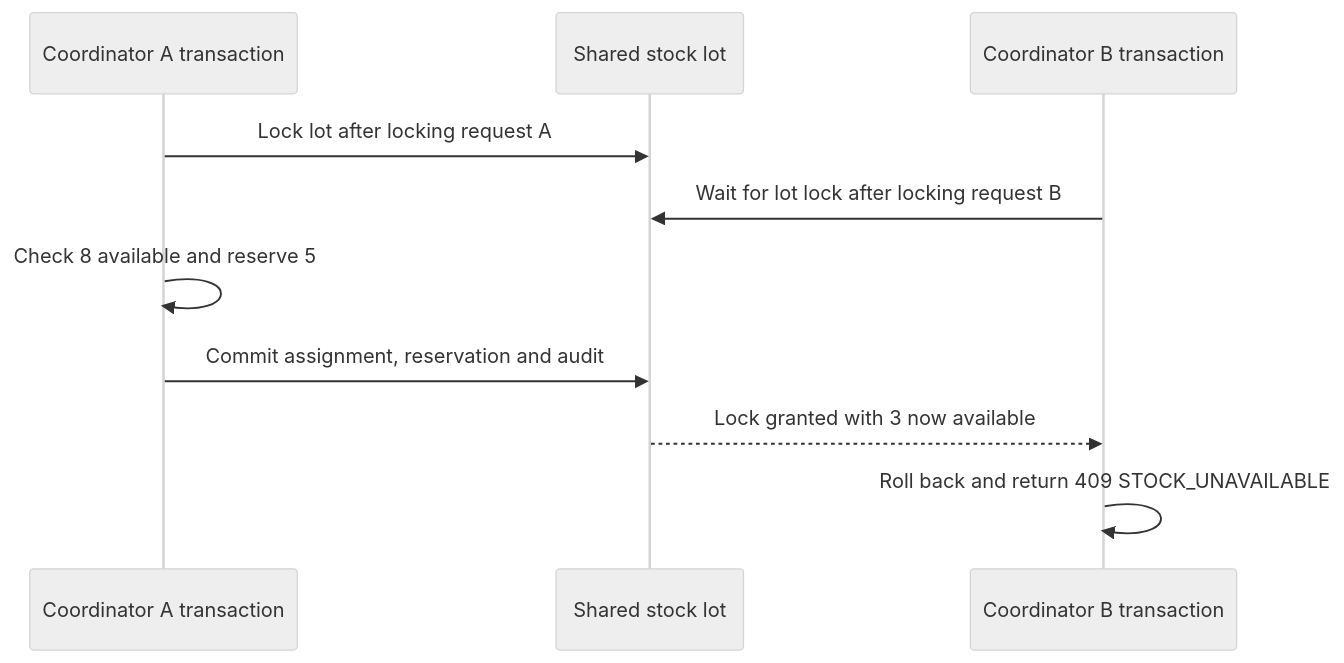
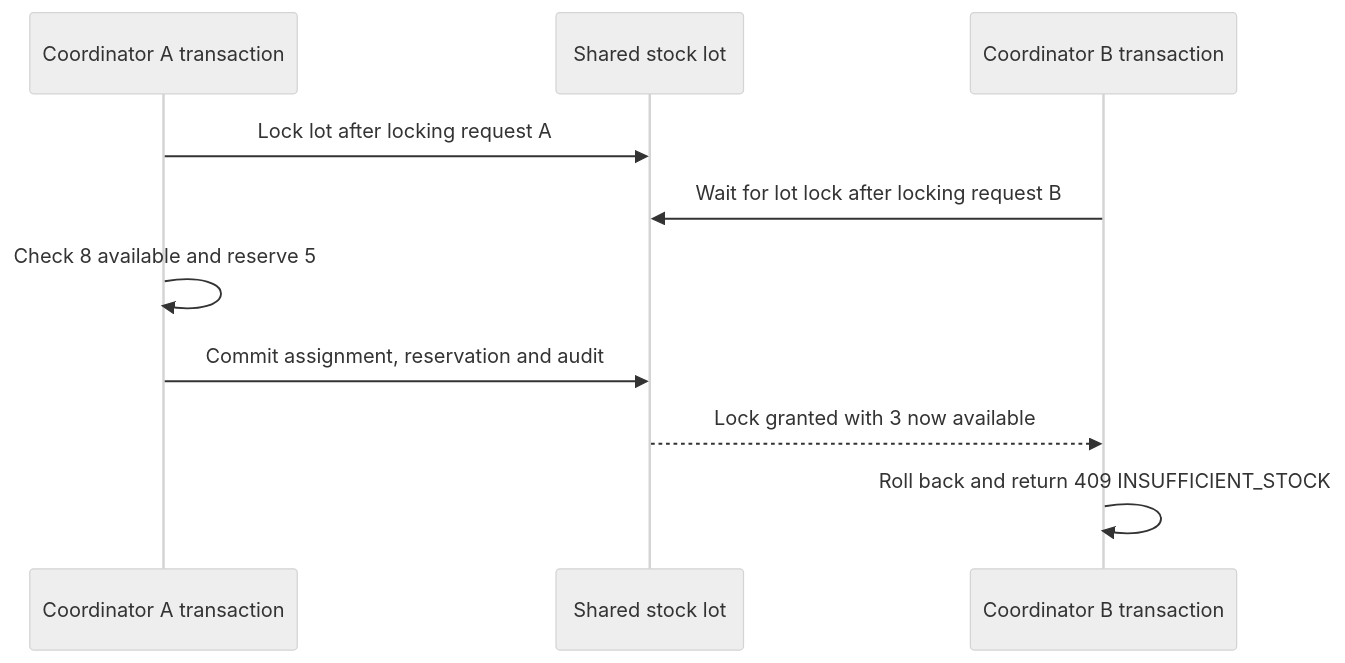
One commit to imnot-naveen/rebuild changed the second of 2 diagrams in docs/DATA-API-CONTRACT.md. Above: the diagram before and after it, drawn with Mermaid (neutral theme). The commit also changed other lines of this file and 19 other files, not shown here.

````diff
--- a/docs/DATA-API-CONTRACT.md
+++ b/docs/DATA-API-CONTRACT.md
@@ -115,12 +117,12 @@
 ```mermaid
 sequenceDiagram
     participant A as Coordinator A transaction
     participant L as Shared stock lot
     participant B as Coordinator B transaction
     A->>L: Lock lot after locking request A
     B->>L: Wait for lot lock after locking request B
     A->>A: Check 8 available and reserve 5
     A->>L: Commit assignment, reservation and audit
     L-->>B: Lock granted with 3 now available
-    B->>B: Roll back and return 409 STOCK_UNAVAILABLE
+    B->>B: Roll back and return 409 INSUFFICIENT_STOCK
 ```
````
